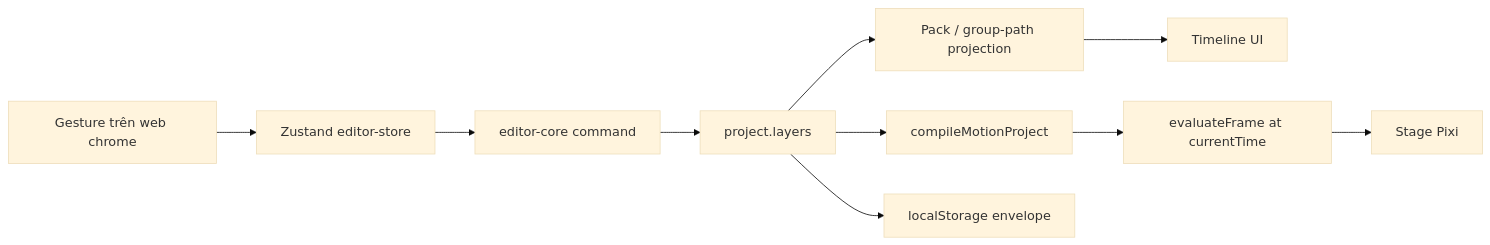
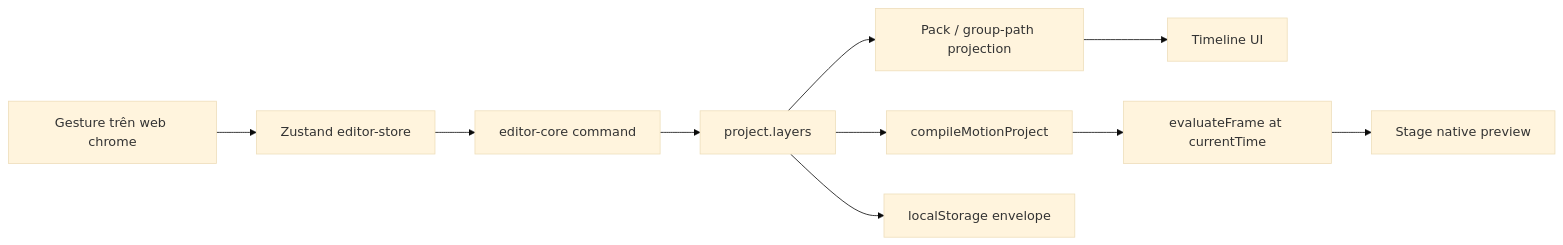
Before and after one commit to mankhb2k/neonix-native: the diagram in apps/web/README.md, drawn with Mermaid (base theme). The commit also changed other lines of this file and 142 other files, not shown here.

````diff
--- a/apps/web/README.md
+++ b/apps/web/README.md
@@ -98,12 +98,12 @@
 ```mermaid
 flowchart LR
   UI["Gesture trên web chrome"] --> Store["Zustand editor-store"]
   Store --> Cmd["editor-core command"]
   Cmd --> V1["project.layers"]
   V1 --> Pack["Pack / group-path projection"]
   Pack --> Timeline["Timeline UI"]
   V1 --> Compile["compileMotionProject"]
   Compile --> Eval["evaluateFrame at currentTime"]
-  Eval --> Pixi["Stage Pixi"]
+  Eval --> Preview["Stage native preview"]
   V1 --> Persist["localStorage envelope"]
 ```
````
